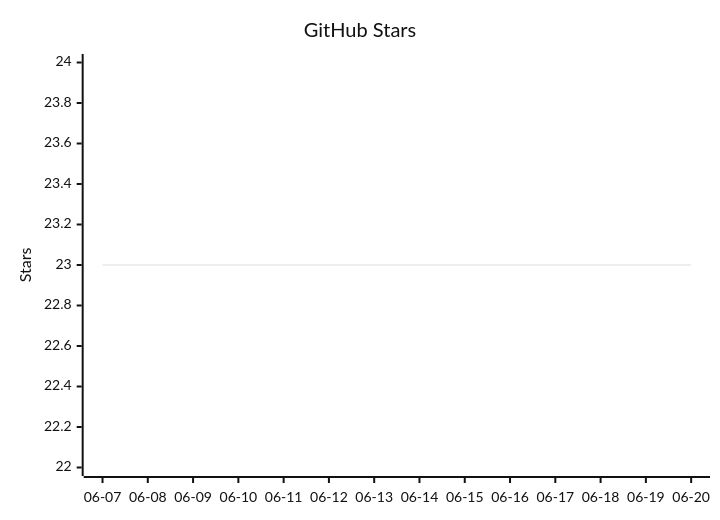
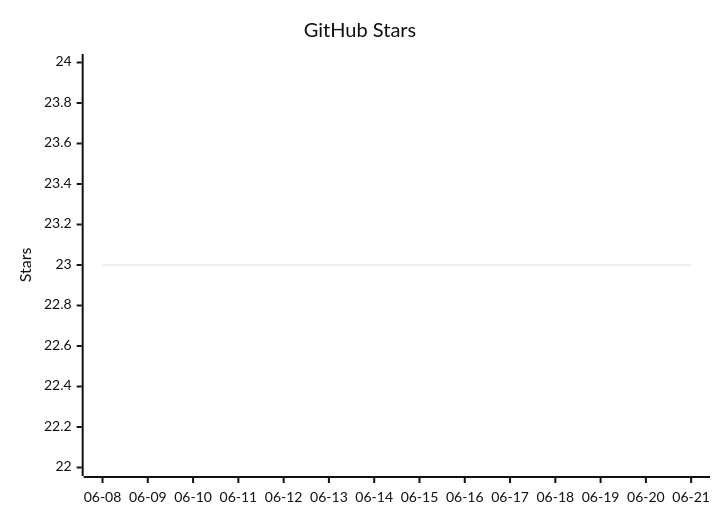
One commit to vectie/moonclaw changed the diagram in README.mbt.md. Above: the diagram before and after it, drawn with Mermaid (neutral theme). The commit also changed other lines of this file and 1 other file, not shown here.

Commit message:
Update README star growth

````diff
--- a/README.mbt.md
+++ b/README.mbt.md
@@ -614,7 +614,7 @@
 ```mermaid
 xychart-beta
     title "GitHub Stars"
-    x-axis ["06-07","06-08","06-09","06-10","06-11","06-12","06-13","06-14","06-15","06-16","06-17","06-18","06-19","06-20"]
+    x-axis ["06-08","06-09","06-10","06-11","06-12","06-13","06-14","06-15","06-16","06-17","06-18","06-19","06-20","06-21"]
     y-axis "Stars" 22 --> 24
     line [23,23,23,23,23,23,23,23,23,23,23,23,23,23]
 ```
````
